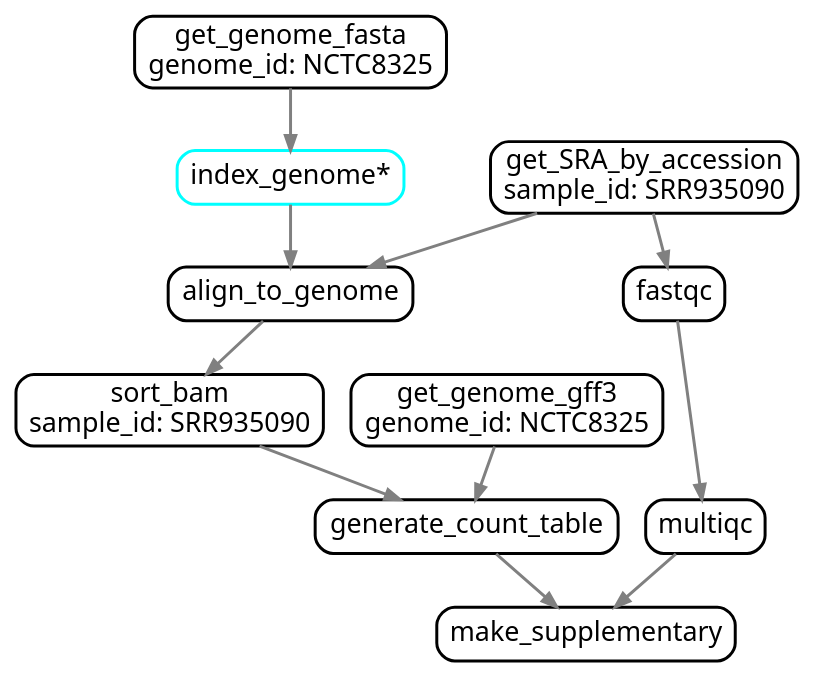
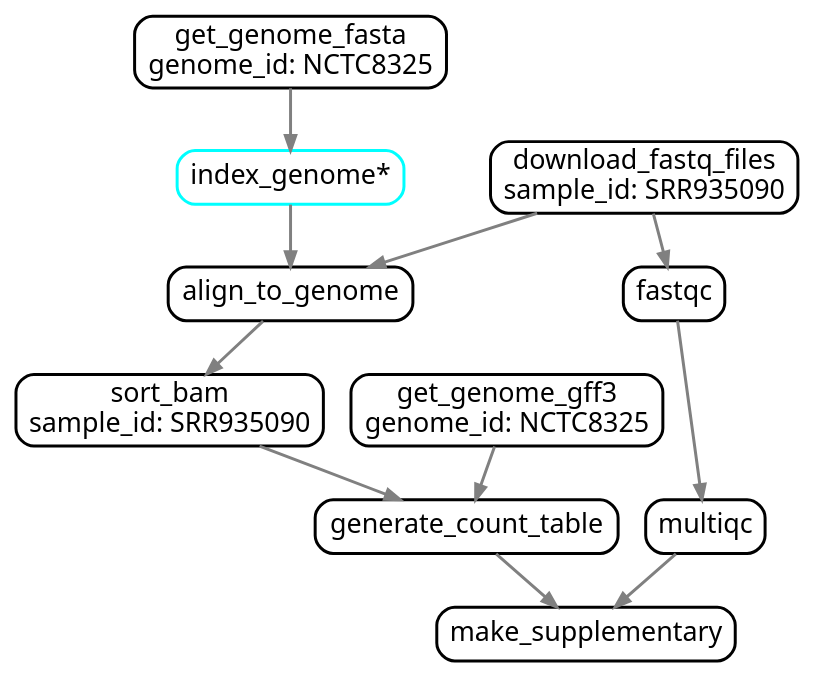
Before and after one commit to NBISweden/workshop-reproducible-research: the tenth of 11 diagrams in lectures/snakemake/snakemake.qmd, drawn with Graphviz. The commit also changed other lines of this file, not shown here.

Commit message:
Match snakefmt and update get_SRA_by_accession rule

````diff
--- a/lectures/snakemake/snakemake.qmd
+++ b/lectures/snakemake/snakemake.qmd
@@ -651,27 +643,27 @@
 ```{dot}
 digraph snakemake_dag {
     graph[bgcolor=white, margin=1];
     node[shape=box, style=rounded, fontname=sans,                 fontsize=18, penwidth=2];
     edge[penwidth=2, color=grey];
         0[label = "make_supplementary", color = "black", style="rounded"];
         1[label = "generate_count_table", color = "black", style="rounded"];
         2[label = "sort_bam\nsample_id: SRR935090", color = "black", style="rounded"];
         3[label = "align_to_genome", color = "black", style="rounded"];
-        4[label = "get_SRA_by_accession\nsample_id: SRR935090", color = "black", style="rounded"];
+        4[label = "download_fastq_files\nsample_id: SRR935090", color = "black", style="rounded"];
         5[label = "index_genome*", color = "cyan", style="rounded"];
         6[label = "get_genome_fasta\ngenome_id: NCTC8325", color = "black", style="rounded"];
         7[label = "get_genome_gff3\ngenome_id: NCTC8325", color = "black", style="rounded"];
         8[label = "multiqc", color = "black", style="rounded"];
         9[label = "fastqc", color = "black", style="rounded"];
         1 -> 0
         8 -> 0
         2 -> 1
         7 -> 1
         3 -> 2
         4 -> 3
         5 -> 3
         6 -> 5
         9 -> 8
         4 -> 9
 }
 ```
````
